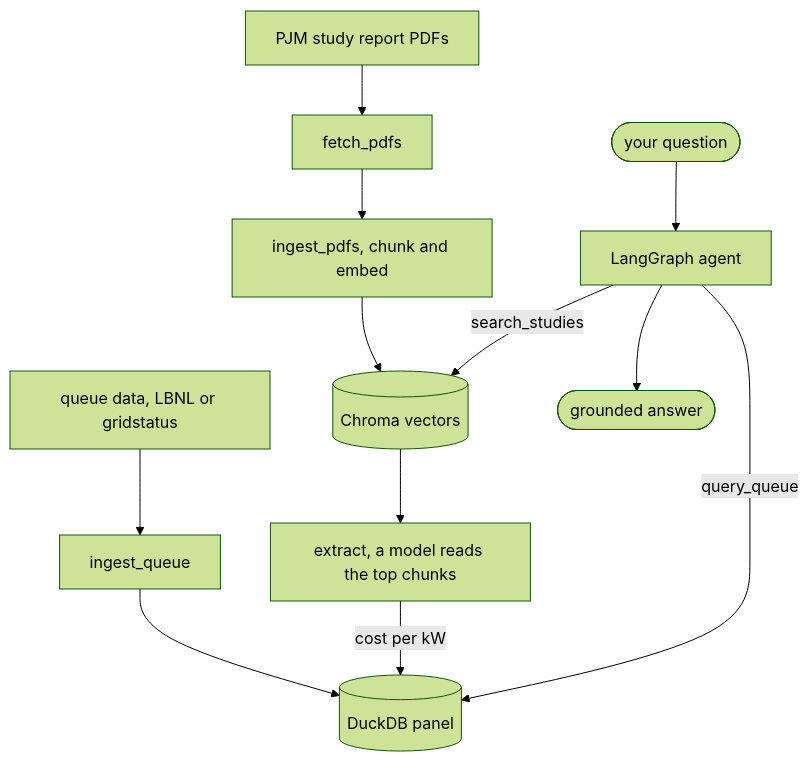
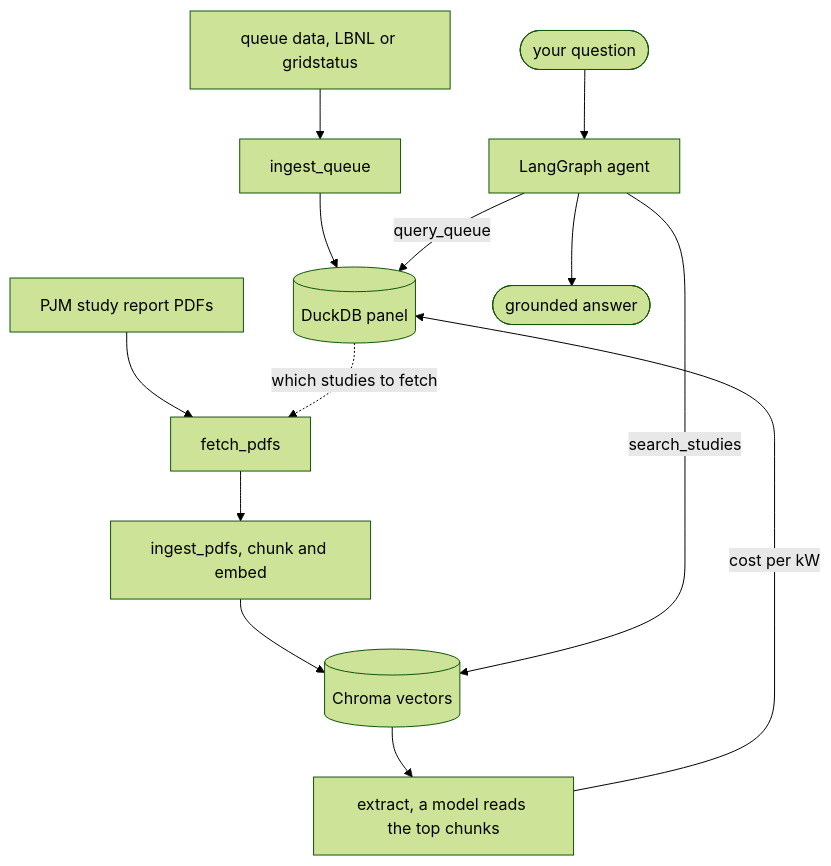
One commit to aymanazeem/Interconnection-Queue-Agent changed the diagram in README.md. Above: the diagram before and after it, drawn with Mermaid (forest theme). The commit also changed other lines of this file, not shown here.

````diff
--- a/README.md
+++ b/README.md
@@ -31,10 +31,11 @@
 ```mermaid
 flowchart TB
     Q["queue data, LBNL or gridstatus"] --> IQ["ingest_queue"] --> DB[("DuckDB panel")]
     P["PJM study report PDFs"] --> FP["fetch_pdfs"] --> IP["ingest_pdfs, chunk and embed"] --> CH[("Chroma vectors")]
     CH --> EX["extract, a model reads the top chunks"] -->|cost per kW| DB
     U(["your question"]) --> AG["LangGraph agent"]
     AG -->|query_queue| DB
     AG -->|search_studies| CH
     AG --> ANS(["grounded answer"])
+    DB -.->|which studies to fetch| FP
 ```
````
